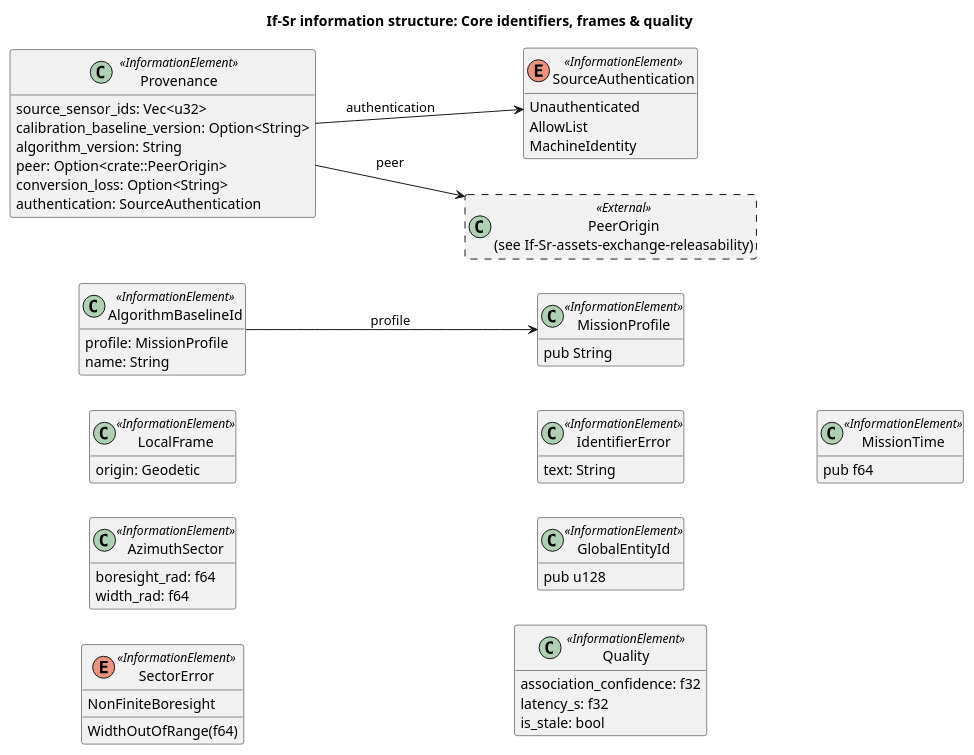
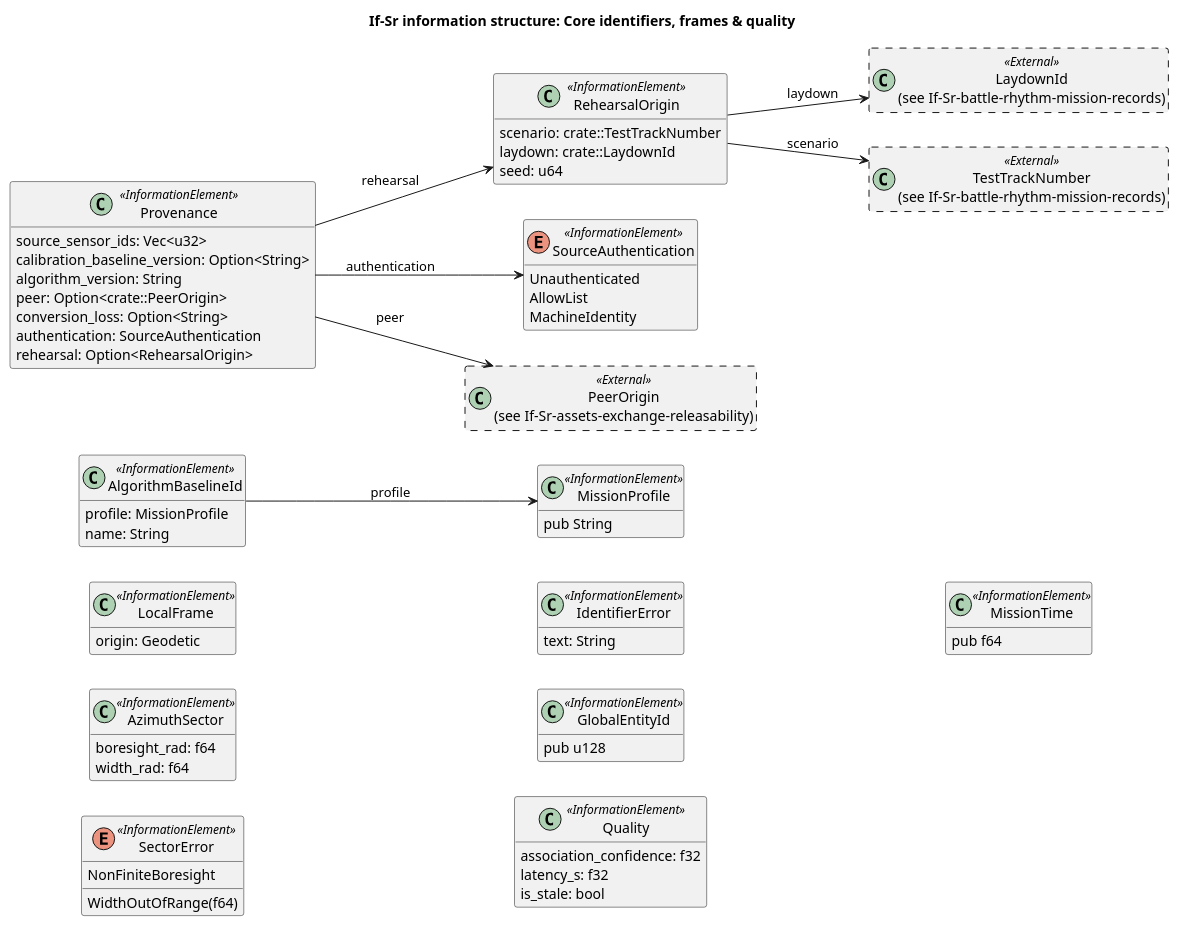
Before and after one commit to WayneRoessling/gungnir: the diagram in docs/architecture/uaf/information/If-Sr-core-identifiers-frames-quality.puml, drawn with PlantUML. The commit also changed 160 other files, not shown here.

First line of the commit message:
GAP-105: a laydown rehearsal re-observes with the laydown's own sensors (DN-32) (#171)

```diff
--- a/docs/architecture/uaf/information/If-Sr-core-identifiers-frames-quality.puml
+++ b/docs/architecture/uaf/information/If-Sr-core-identifiers-frames-quality.puml
@@ -1,56 +1,69 @@
 @startuml If-Sr-core-identifiers-frames-quality
 title If-Sr information structure: Core identifiers, frames & quality
 left to right direction
 hide empty members
 skinparam classAttributeIconSize 0
 class "LocalFrame" as LocalFrame <<InformationElement>> {
   origin: Geodetic
 }
 class "AzimuthSector" as AzimuthSector <<InformationElement>> {
   boresight_rad: f64
   width_rad: f64
 }
 enum "SectorError" as SectorError <<InformationElement>> {
   NonFiniteBoresight
   WidthOutOfRange(f64)
 }
 class "IdentifierError" as IdentifierError <<InformationElement>> {
   text: String
 }
 class "GlobalEntityId" as GlobalEntityId <<InformationElement>> {
   pub u128
 }
 class "MissionProfile" as MissionProfile <<InformationElement>> {
   pub String
 }
 class "AlgorithmBaselineId" as AlgorithmBaselineId <<InformationElement>> {
   profile: MissionProfile
   name: String
 }
 class "Provenance" as Provenance <<InformationElement>> {
   source_sensor_ids: Vec<u32>
   calibration_baseline_version: Option<String>
   algorithm_version: String
   peer: Option<crate::PeerOrigin>
   conversion_loss: Option<String>
   authentication: SourceAuthentication
+  rehearsal: Option<RehearsalOrigin>
+}
+class "RehearsalOrigin" as RehearsalOrigin <<InformationElement>> {
+  scenario: crate::TestTrackNumber
+  laydown: crate::LaydownId
+  seed: u64
 }
 enum "SourceAuthentication" as SourceAuthentication <<InformationElement>> {
   Unauthenticated
   AllowList
   MachineIdentity
 }
 class "Quality" as Quality <<InformationElement>> {
   association_confidence: f32
   latency_s: f32
   is_stale: bool
 }
 class "MissionTime" as MissionTime <<InformationElement>> {
   pub f64
 }
+class "LaydownId\n(see If-Sr-battle-rhythm-mission-records)" as LaydownId <<External>> #line.dashed {
+}
 class "PeerOrigin\n(see If-Sr-assets-exchange-releasability)" as PeerOrigin <<External>> #line.dashed {
+}
+class "TestTrackNumber\n(see If-Sr-battle-rhythm-mission-records)" as TestTrackNumber <<External>> #line.dashed {
 }
 AlgorithmBaselineId --> MissionProfile : profile
 Provenance --> PeerOrigin : peer
+Provenance --> RehearsalOrigin : rehearsal
 Provenance --> SourceAuthentication : authentication
+RehearsalOrigin --> LaydownId : laydown
+RehearsalOrigin --> TestTrackNumber : scenario
 @enduml
```
